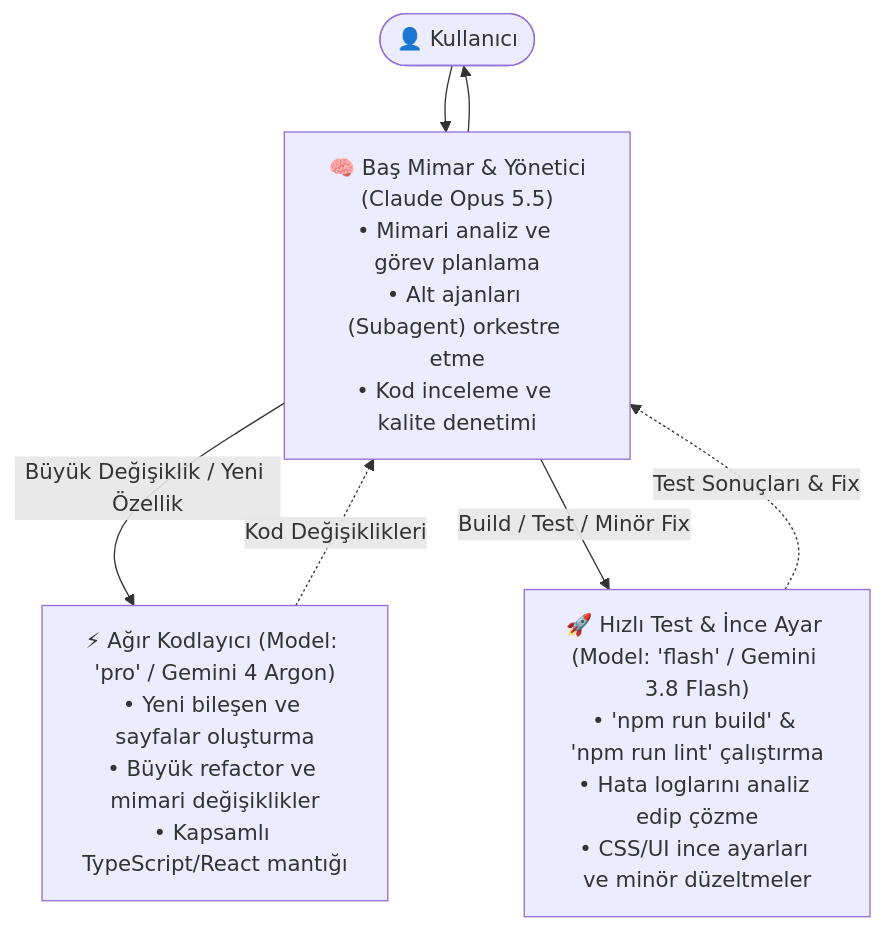
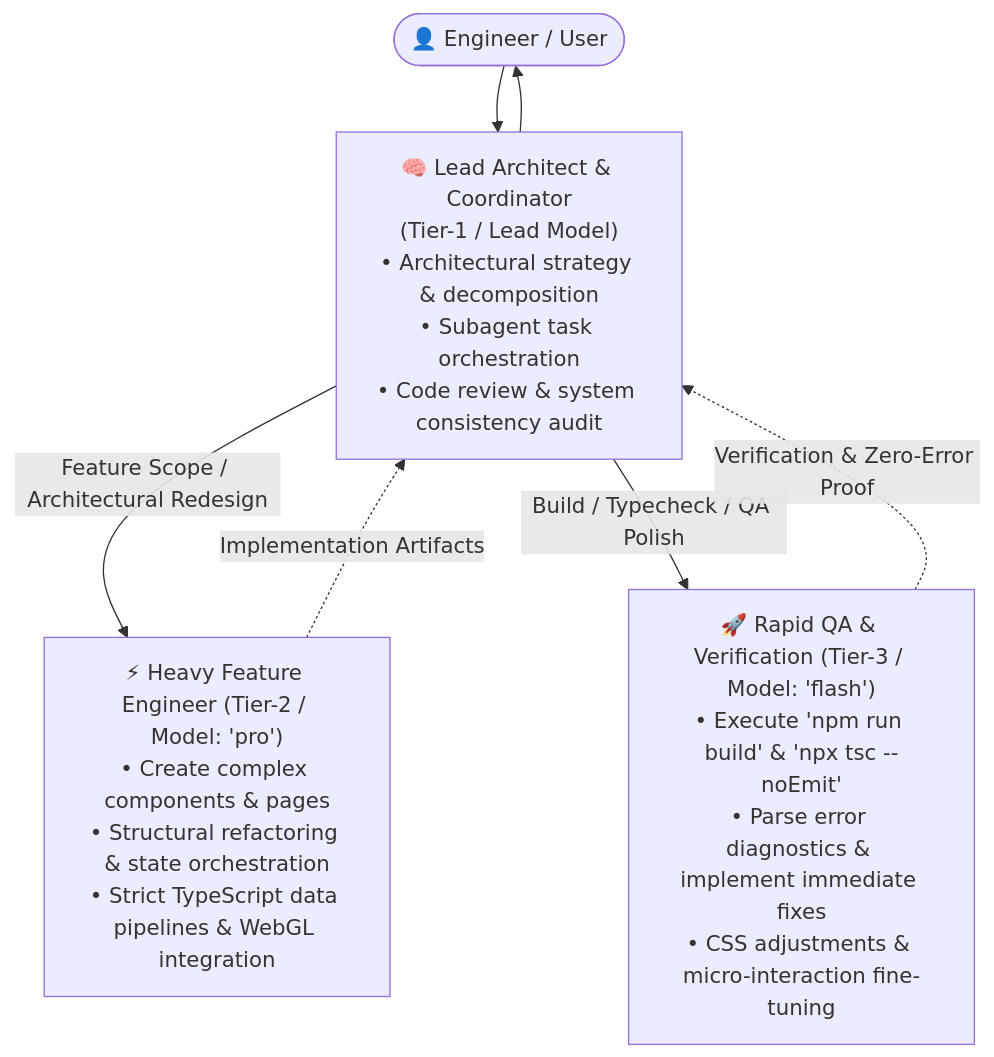
One commit to Mammetbay/portfolio changed the diagram in AGENTS.md. Above: the diagram before and after it, drawn with Mermaid. The commit also changed other lines of this file and 34 other files, not shown here.

````diff
--- a/AGENTS.md
+++ b/AGENTS.md
@@ -13,12 +13,12 @@
 ```mermaid
 flowchart TD
-    User(["👤 Kullanıcı"]) --> Orchestrator["🧠 Baş Mimar & Yönetici\n(Claude Opus 5.5)\n• Mimari analiz ve görev planlama\n• Alt ajanları (Subagent) orkestre etme\n• Kod inceleme ve kalite denetimi"]
+    User(["👤 Engineer / User"]) --> Orchestrator["🧠 Lead Architect & Coordinator\n(Tier-1 / Lead Model)\n• Architectural strategy & decomposition\n• Subagent task orchestration\n• Code review & system consistency audit"]
     
-    Orchestrator -->|Büyük Değişiklik / Yeni Özellik| FeatureCoder["⚡ Ağır Kodlayıcı (Model: 'pro' / Gemini 4 Argon)\n• Yeni bileşen ve sayfalar oluşturma\n• Büyük refactor ve mimari değişiklikler\n• Kapsamlı TypeScript/React mantığı"]
+    Orchestrator -->|Feature Scope / Architectural Redesign| FeatureCoder["⚡ Heavy Feature Engineer (Tier-2 / Model: 'pro')\n• Create complex components & pages\n• Structural refactoring & state orchestration\n• Strict TypeScript data pipelines & WebGL integration"]
     
-    Orchestrator -->|Build / Test / Minör Fix| RapidWorker["🚀 Hızlı Test & İnce Ayar (Model: 'flash' / Gemini 3.8 Flash)\n• 'npm run build' & 'npm run lint' çalıştırma\n• Hata loglarını analiz edip çözme\n• CSS/UI ince ayarları ve minör düzeltmeler"]
+    Orchestrator -->|Build / Typecheck / QA Polish| RapidWorker["🚀 Rapid QA & Verification (Tier-3 / Model: 'flash')\n• Execute 'npm run build' & 'npx tsc --noEmit'\n• Parse error diagnostics & implement immediate fixes\n• CSS adjustments & micro-interaction fine-tuning"]
 
-    FeatureCoder -.->|Kod Değişiklikleri| Orchestrator
-    RapidWorker -.->|Test Sonuçları & Fix| Orchestrator
+    FeatureCoder -.->|Implementation Artifacts| Orchestrator
+    RapidWorker -.->|Verification & Zero-Error Proof| Orchestrator
     Orchestrator --> User
 ```
````
